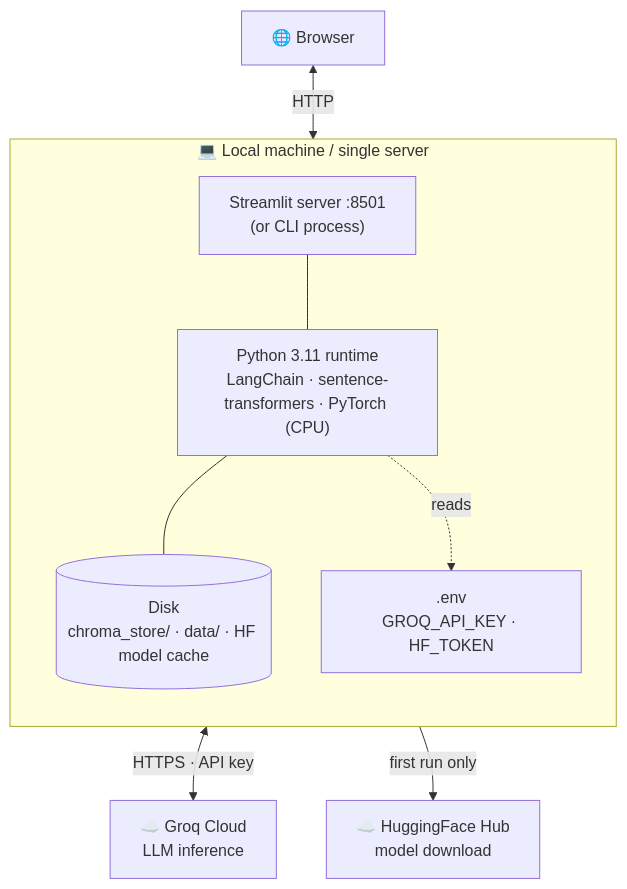
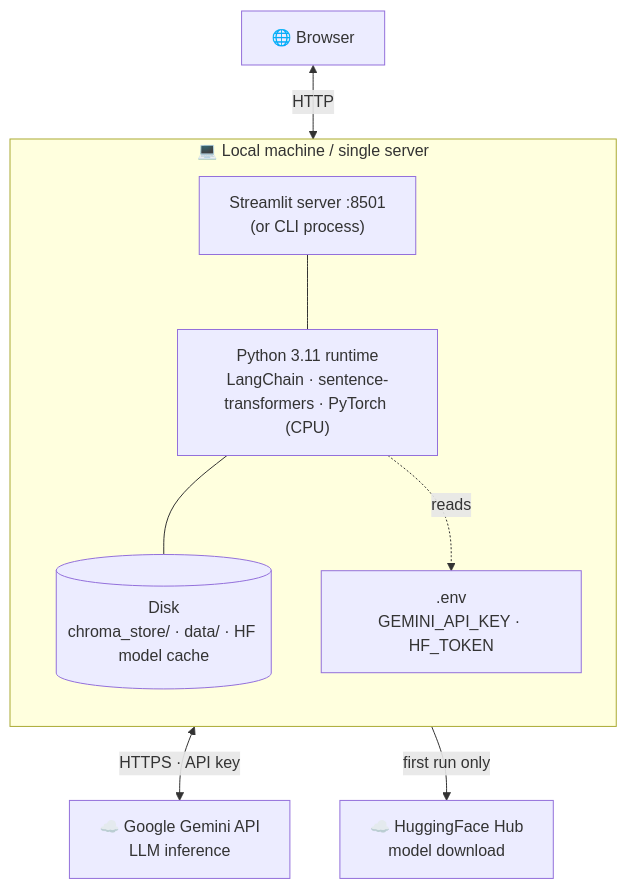
Before and after one commit to pavan-dharimireddy/RAG_Telecom_chat_bot: the seventh of 8 diagrams in architecture.md, drawn with Mermaid. The commit also changed other lines of this file and 9 other files, not shown here.

````diff
--- a/architecture.md
+++ b/architecture.md
@@ -237,15 +237,15 @@
 ```mermaid
 flowchart TB
     subgraph Local["💻 Local machine / single server"]
         direction TB
         ST["Streamlit server :8501<br/>(or CLI process)"]
         PY["Python 3.11 runtime<br/>LangChain · sentence-transformers · PyTorch (CPU)"]
         FS[("Disk<br/>chroma_store/ · data/ · HF model cache")]
-        ENV[".env<br/>GROQ_API_KEY · HF_TOKEN"]
+        ENV[".env<br/>GEMINI_API_KEY · HF_TOKEN"]
         ST --- PY --- FS
         PY -.reads.-> ENV
     end
     B["🌐 Browser"] <-->|HTTP| ST
-    PY <-->|HTTPS · API key| GROQ["☁️ Groq Cloud<br/>LLM inference"]
+    PY <-->|HTTPS · API key| GEM["☁️ Google Gemini API<br/>LLM inference"]
     PY -->|first run only| HF["☁️ HuggingFace Hub<br/>model download"]
 ```
````
